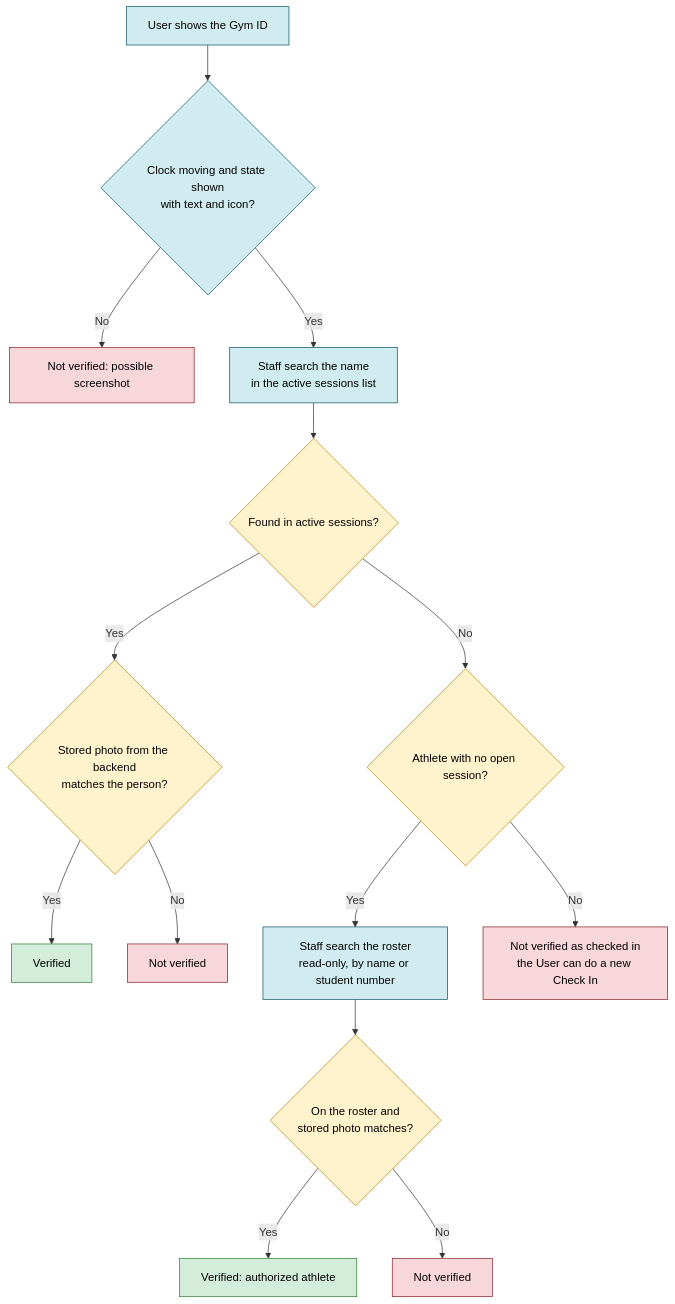
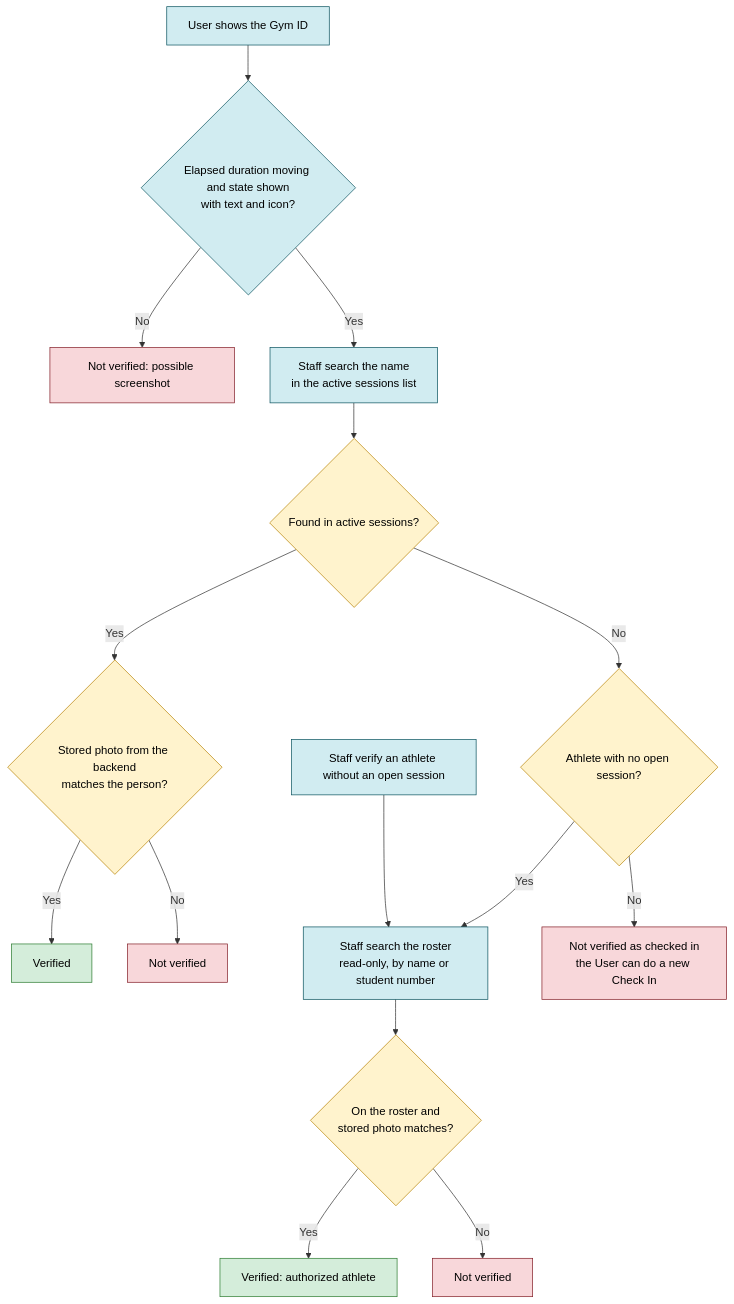
Before and after one commit to Th3-Minorities/natatorio-gym-app: diagram 11 of 12 in docs/design/check-in-flows.md, drawn with Mermaid. The commit also changed other lines of this file and 1 other file, not shown here.

Commit message:
more updates on changing to duration

````diff
--- a/docs/design/check-in-flows.md
+++ b/docs/design/check-in-flows.md
@@ -347,25 +347,26 @@
 ```mermaid
 flowchart TD
-  A["User shows the Gym ID"] --> B{"Clock moving and state shown<br/>with text and icon?"}
+  A["User shows the Gym ID"] --> B{"Elapsed duration moving and state shown<br/>with text and icon?"}
   B -- "No" --> X1["Not verified: possible screenshot"]
   B -- "Yes" --> C["Staff search the name<br/>in the active sessions list"]
   C --> D{"Found in active sessions?"}
   D -- "Yes" --> E{"Stored photo from the backend<br/>matches the person?"}
   E -- "Yes" --> OK["Verified"]
   E -- "No" --> X2["Not verified"]
   D -- "No" --> F{"Athlete with no open session?"}
   F -- "Yes" --> G["Staff search the roster<br/>read-only, by name or student number"]
+  R["Staff verify an athlete without an open session"] --> G
   G --> H{"On the roster and<br/>stored photo matches?"}
   H -- "Yes" --> OK2["Verified: authorized athlete"]
   H -- "No" --> X3["Not verified"]
   F -- "No" --> X4["Not verified as checked in<br/>the User can do a new Check In"]
 
   classDef staff fill:#d1ecf1,stroke:#0c5460,color:#000
   classDef back fill:#fff3cd,stroke:#b8860b,color:#000
   classDef reject fill:#f8d7da,stroke:#842029,color:#000
   classDef ok fill:#d4edda,stroke:#2e7d32,color:#000
-  class A,B,C,G staff
+  class A,B,C,G,R staff
   class D,E,F,H back
   class X1,X2,X3,X4 reject
   class OK,OK2 ok
 ```
````
